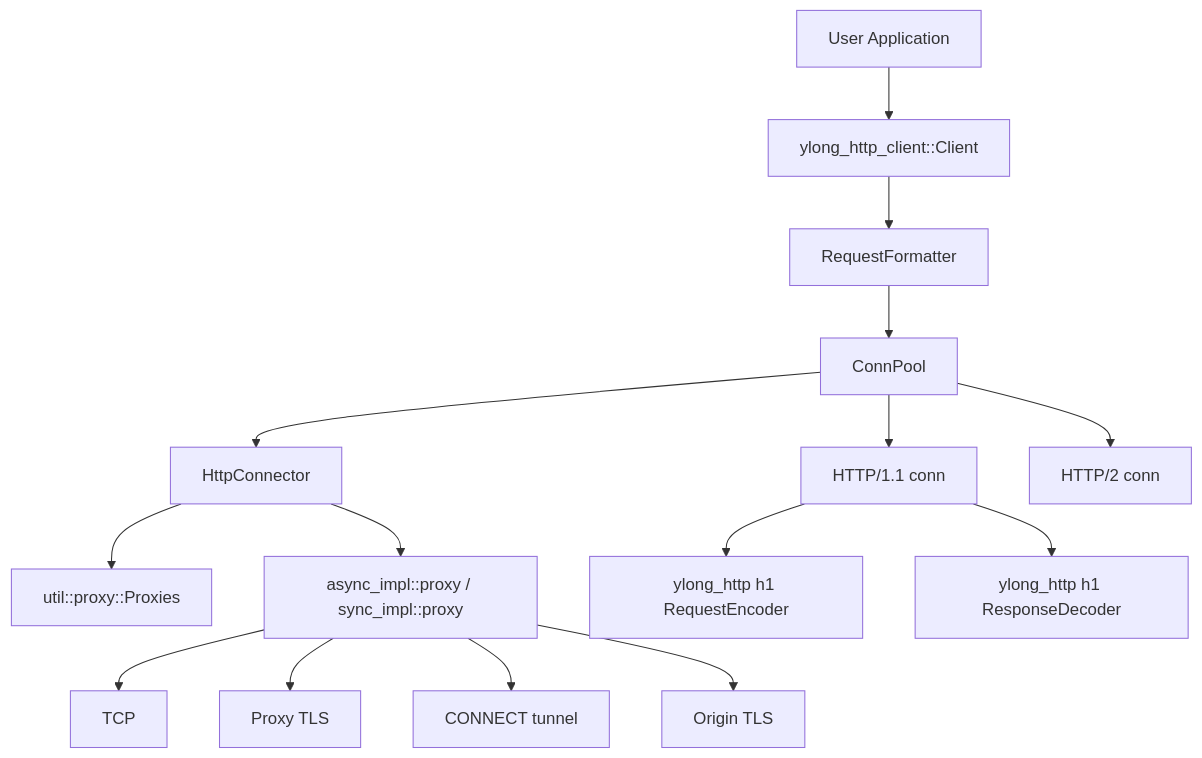
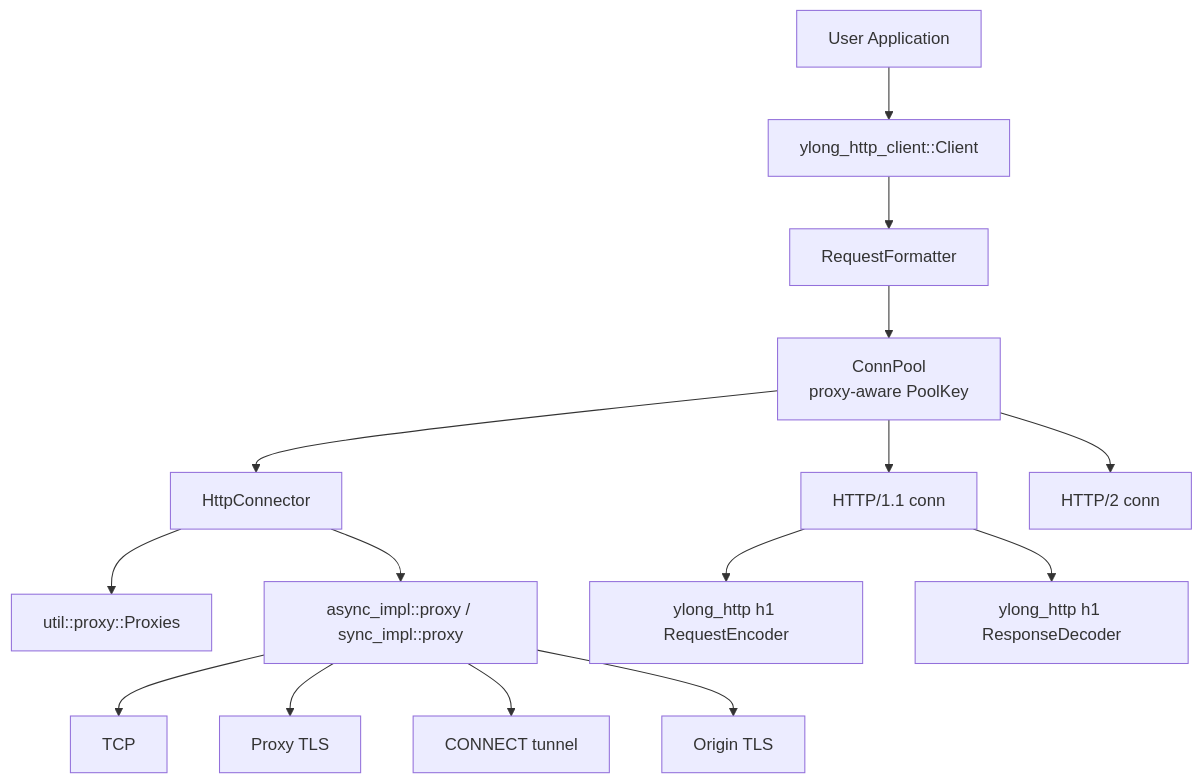
One commit to Aster-amellus/commonlibrary_rust_ylong_http changed the first of 3 diagrams in docs/architecture.md. Above: the diagram before and after it, drawn with Mermaid. The commit also changed other lines of this file and 2 other files, not shown here.

Commit message:
docs(proxy): update HTTPS proxy OKR and validation matrix

````diff
--- a/docs/architecture.md
+++ b/docs/architecture.md
@@ -16,17 +16,17 @@
 ```mermaid
 flowchart TB
     App[User Application] --> Client[ylong_http_client::Client]
     Client --> Formatter[RequestFormatter]
-    Formatter --> Pool[ConnPool]
+    Formatter --> Pool[ConnPool<br/>proxy-aware PoolKey]
     Pool --> Connector[HttpConnector]
     Connector --> ProxyMatch[util::proxy::Proxies]
     Connector --> Transport[async_impl::proxy / sync_impl::proxy]
     Transport --> Tcp[TCP]
     Transport --> ProxyTls[Proxy TLS]
     Transport --> Tunnel[CONNECT tunnel]
     Transport --> OriginTls[Origin TLS]
     Pool --> H1[HTTP/1.1 conn]
     Pool --> H2[HTTP/2 conn]
     H1 --> Encoder[ylong_http h1 RequestEncoder]
     H1 --> Decoder[ylong_http h1 ResponseDecoder]
 ```
````
